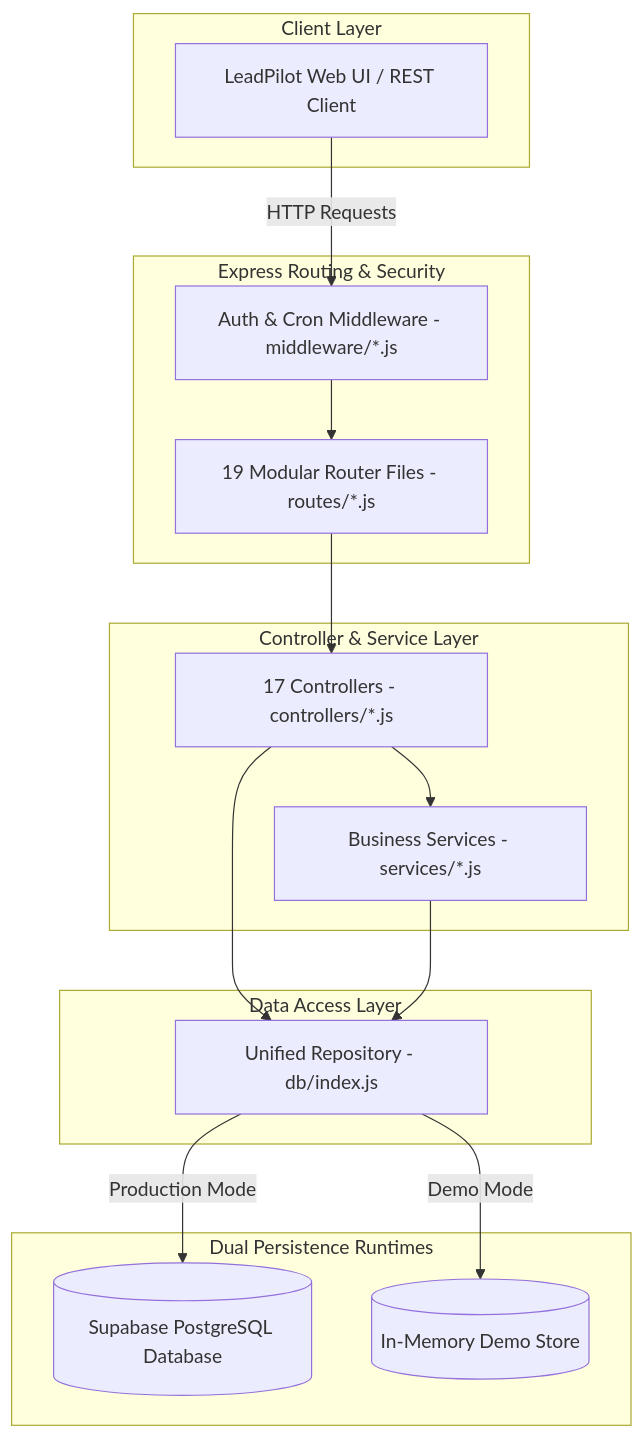
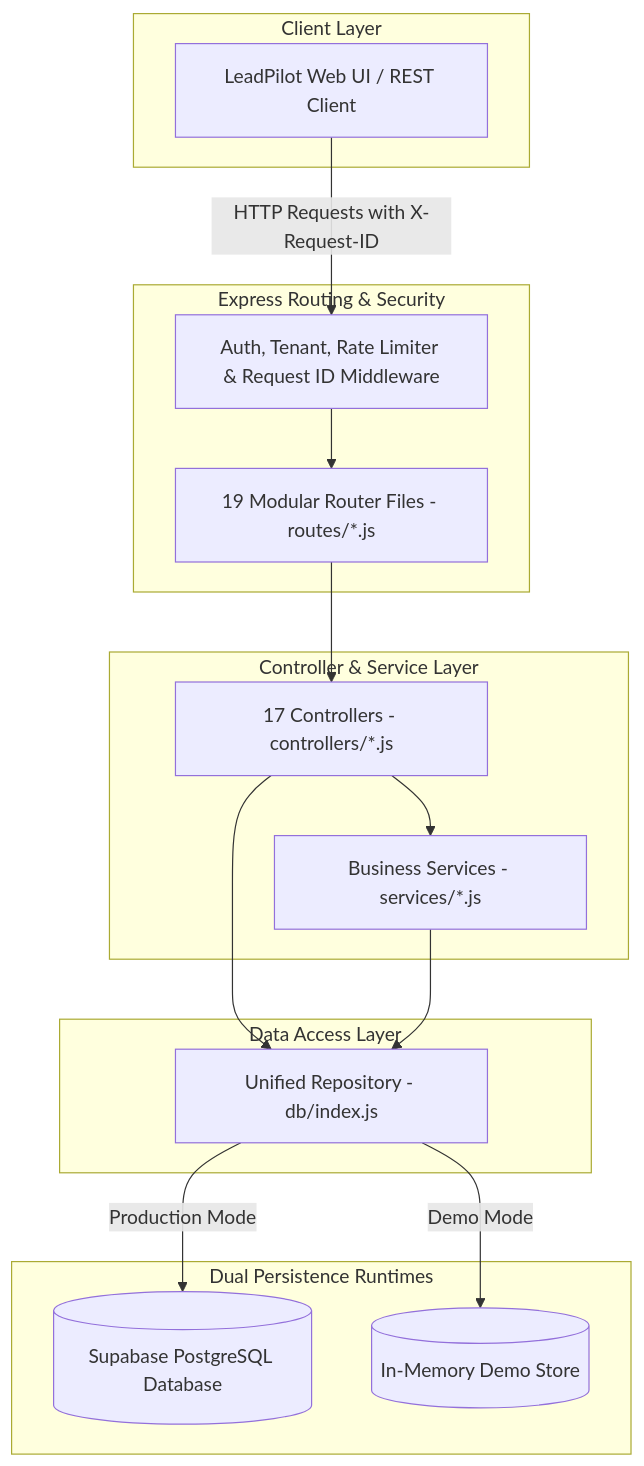
Before and after one commit to hariom-wdsadhunik/SaaS-Project: the diagram in leadpilot-ai/README.md, drawn with Mermaid. The commit also changed other lines of this file and 139 other files, not shown here.

````diff
--- a/leadpilot-ai/README.md
+++ b/leadpilot-ai/README.md
@@ -31,34 +34,34 @@
 ```mermaid
 flowchart TD
     subgraph Client Layer
         UI[LeadPilot Web UI / REST Client]
     end
 
     subgraph Express Routing & Security
         R[19 Modular Router Files - routes/*.js]
-        MW[Auth & Cron Middleware - middleware/*.js]
+        MW[Auth, Tenant, Rate Limiter & Request ID Middleware]
     end
 
     subgraph Controller & Service Layer
         C[17 Controllers - controllers/*.js]
         S[Business Services - services/*.js]
     end
 
     subgraph Data Access Layer
         RP[Unified Repository - db/index.js]
     end
 
     subgraph Dual Persistence Runtimes
         PG[(Supabase PostgreSQL Database)]
         DS[(In-Memory Demo Store)]
     end
 
-    UI -->|HTTP Requests| MW
+    UI -->|HTTP Requests with X-Request-ID| MW
     MW --> R
     R --> C
     C --> S
     C --> RP
     S --> RP
     RP -->|Production Mode| PG
     RP -->|Demo Mode| DS
 ```
````
